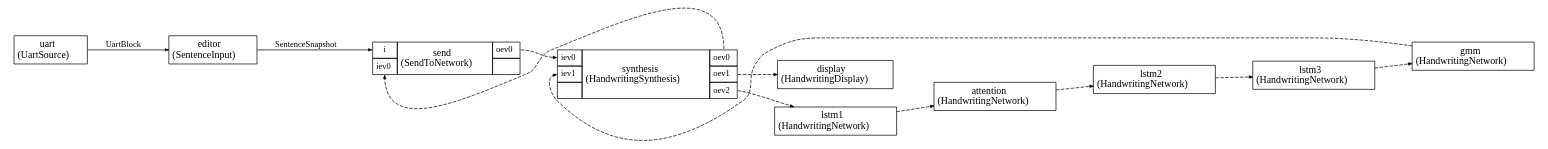
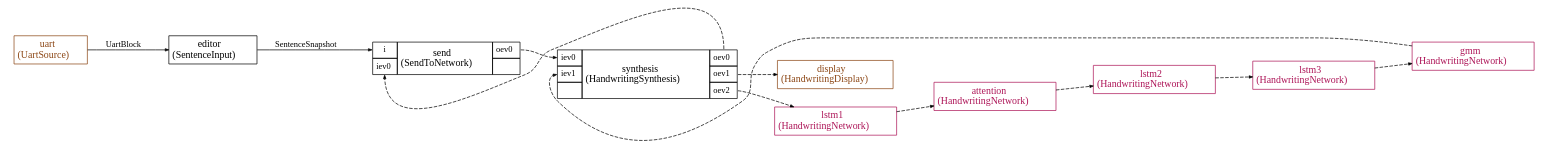
The diagram in projects/handwriting_synthesis/generated/app.dot (christophe0606/EthosCatalog), drawn with Graphviz before and after one commit. The commit also changed 34 other files, not shown here.

Commit message:
Updated graph styling to distinguish different pte files

```diff
--- a/projects/handwriting_synthesis/generated/app.dot
+++ b/projects/handwriting_synthesis/generated/app.dot
@@ -1,146 +1,146 @@
 
 
 
 
 
 
 digraph structs {
     bgcolor = "white"
     node [shape=plaintext,color="black",fontcolor="black",fontname="Times-Roman"]
     rankdir=LR
     edge [arrowsize="0.5",color="black",fontcolor="black",fontname="Times-Roman"]
 
 
 editor [label=<
-<TABLE color="black" bgcolor="none" BORDER="0" CELLBORDER="1" CELLSPACING="0" CELLPADDING="4">
+<TABLE color="black" bgcolor="white" BORDER="0" CELLBORDER="1" CELLSPACING="0" CELLPADDING="4">
   <TR>
     <TD ALIGN="CENTER" PORT="i"><FONT COLOR="black" POINT-SIZE="14.0">editor<BR/>(SentenceInput)</FONT></TD>
   </TR>
 </TABLE>>];
 
 
 send [label=<
-<TABLE color="black" bgcolor="none" BORDER="0" CELLBORDER="1" CELLSPACING="0" CELLPADDING="4">
+<TABLE color="black" bgcolor="white" BORDER="0" CELLBORDER="1" CELLSPACING="0" CELLPADDING="4">
   <TR>
     <TD PORT="i"><FONT POINT-SIZE="12.0" COLOR="black">i</FONT></TD>
     <TD ALIGN="CENTER" ROWSPAN="2"><FONT COLOR="black" POINT-SIZE="14.0">send<BR/>(SendToNetwork)</FONT></TD>
     <TD PORT="oev0"><FONT POINT-SIZE="12.0" COLOR="black">oev0</FONT></TD>
   </TR>
 <TR>
 <TD PORT="iev0"><FONT POINT-SIZE="12.0" COLOR="black">iev0</FONT></TD>
 
 
 <TD></TD></TR>
 
 </TABLE>>];
 
 uart [label=<
-<TABLE color="black" bgcolor="none" BORDER="0" CELLBORDER="1" CELLSPACING="0" CELLPADDING="4">
+<TABLE color="#8B4513" bgcolor="white" BORDER="0" CELLBORDER="1" CELLSPACING="0" CELLPADDING="4">
   <TR>
-    <TD ALIGN="CENTER" PORT="i"><FONT COLOR="black" POINT-SIZE="14.0">uart<BR/>(UartSource)</FONT></TD>
+    <TD ALIGN="CENTER" PORT="i"><FONT COLOR="#8B4513" POINT-SIZE="14.0">uart<BR/>(UartSource)</FONT></TD>
   </TR>
 </TABLE>>];
 
 attention [label=<
-<TABLE color="black" bgcolor="none" BORDER="0" CELLBORDER="1" CELLSPACING="0" CELLPADDING="4">
+<TABLE color="#AD1457" bgcolor="white" BORDER="0" CELLBORDER="1" CELLSPACING="0" CELLPADDING="4">
   <TR>
-    <TD ALIGN="CENTER" PORT="i"><FONT COLOR="black" POINT-SIZE="14.0">attention<BR/>(HandwritingNetwork)</FONT></TD>
+    <TD ALIGN="CENTER" PORT="i"><FONT COLOR="#AD1457" POINT-SIZE="14.0">attention<BR/>(HandwritingNetwork)</FONT></TD>
   </TR>
 </TABLE>>];
 
 display [label=<
-<TABLE color="black" bgcolor="none" BORDER="0" CELLBORDER="1" CELLSPACING="0" CELLPADDING="4">
+<TABLE color="#8B4513" bgcolor="white" BORDER="0" CELLBORDER="1" CELLSPACING="0" CELLPADDING="4">
   <TR>
-    <TD ALIGN="CENTER" PORT="i"><FONT COLOR="black" POINT-SIZE="14.0">display<BR/>(HandwritingDisplay)</FONT></TD>
+    <TD ALIGN="CENTER" PORT="i"><FONT COLOR="#8B4513" POINT-SIZE="14.0">display<BR/>(HandwritingDisplay)</FONT></TD>
   </TR>
 </TABLE>>];
 
 gmm [label=<
-<TABLE color="black" bgcolor="none" BORDER="0" CELLBORDER="1" CELLSPACING="0" CELLPADDING="4">
+<TABLE color="#AD1457" bgcolor="white" BORDER="0" CELLBORDER="1" CELLSPACING="0" CELLPADDING="4">
   <TR>
-    <TD ALIGN="CENTER" PORT="i"><FONT COLOR="black" POINT-SIZE="14.0">gmm<BR/>(HandwritingNetwork)</FONT></TD>
+    <TD ALIGN="CENTER" PORT="i"><FONT COLOR="#AD1457" POINT-SIZE="14.0">gmm<BR/>(HandwritingNetwork)</FONT></TD>
   </TR>
 </TABLE>>];
 
 lstm1 [label=<
-<TABLE color="black" bgcolor="none" BORDER="0" CELLBORDER="1" CELLSPACING="0" CELLPADDING="4">
+<TABLE color="#AD1457" bgcolor="white" BORDER="0" CELLBORDER="1" CELLSPACING="0" CELLPADDING="4">
   <TR>
-    <TD ALIGN="CENTER" PORT="i"><FONT COLOR="black" POINT-SIZE="14.0">lstm1<BR/>(HandwritingNetwork)</FONT></TD>
+    <TD ALIGN="CENTER" PORT="i"><FONT COLOR="#AD1457" POINT-SIZE="14.0">lstm1<BR/>(HandwritingNetwork)</FONT></TD>
   </TR>
 </TABLE>>];
 
 lstm2 [label=<
-<TABLE color="black" bgcolor="none" BORDER="0" CELLBORDER="1" CELLSPACING="0" CELLPADDING="4">
+<TABLE color="#AD1457" bgcolor="white" BORDER="0" CELLBORDER="1" CELLSPACING="0" CELLPADDING="4">
   <TR>
-    <TD ALIGN="CENTER" PORT="i"><FONT COLOR="black" POINT-SIZE="14.0">lstm2<BR/>(HandwritingNetwork)</FONT></TD>
+    <TD ALIGN="CENTER" PORT="i"><FONT COLOR="#AD1457" POINT-SIZE="14.0">lstm2<BR/>(HandwritingNetwork)</FONT></TD>
   </TR>
 </TABLE>>];
 
 lstm3 [label=<
-<TABLE color="black" bgcolor="none" BORDER="0" CELLBORDER="1" CELLSPACING="0" CELLPADDING="4">
+<TABLE color="#AD1457" bgcolor="white" BORDER="0" CELLBORDER="1" CELLSPACING="0" CELLPADDING="4">
   <TR>
-    <TD ALIGN="CENTER" PORT="i"><FONT COLOR="black" POINT-SIZE="14.0">lstm3<BR/>(HandwritingNetwork)</FONT></TD>
+    <TD ALIGN="CENTER" PORT="i"><FONT COLOR="#AD1457" POINT-SIZE="14.0">lstm3<BR/>(HandwritingNetwork)</FONT></TD>
   </TR>
 </TABLE>>];
 
 
 synthesis [label=<
-<TABLE color="black" bgcolor="none" BORDER="0" CELLBORDER="1" CELLSPACING="0" CELLPADDING="4">
+<TABLE color="black" bgcolor="white" BORDER="0" CELLBORDER="1" CELLSPACING="0" CELLPADDING="4">
   <TR>
     <TD PORT="iev0"><FONT POINT-SIZE="12.0" COLOR="black">iev0</FONT></TD>
     <TD ALIGN="CENTER" ROWSPAN="3"><FONT COLOR="black" POINT-SIZE="14.0">synthesis<BR/>(HandwritingSynthesis)</FONT></TD>
     <TD PORT="oev0"><FONT POINT-SIZE="12.0" COLOR="black">oev0</FONT></TD>
   </TR>
 <TR>
 <TD PORT="iev1"><FONT POINT-SIZE="12.0" COLOR="black">iev1</FONT></TD>
 
 <TD PORT="oev1"><FONT POINT-SIZE="12.0" COLOR="black">oev1</FONT></TD>
 </TR><TR>
 
 <TD></TD>
 <TD PORT="oev2"><FONT POINT-SIZE="12.0" COLOR="black">oev2</FONT></TD>
 </TR>
 
 </TABLE>>];
 
 
 
 uart:i -> editor:i [style="solid",color="black",fontsize="12.0",fontcolor="black",label=<UartBlock>
 
 ]
 
 editor:i -> send:i [style="solid",color="black",fontsize="12.0",fontcolor="black",label=<SentenceSnapshot>
 
 ]
 
 
 
 send:oev0 -> synthesis:iev0 [style="dashed",color="black",fontsize="12.0",fontcolor="black",label=<>
 
 ]
 synthesis:oev0 -> send:iev0 [style="dashed",color="black",fontsize="12.0",fontcolor="black",label=<>
 
 ]
 synthesis:oev1 -> display:i [style="dashed",color="black",fontsize="12.0",fontcolor="black",label=<>
 
 ]
 synthesis:oev2 -> lstm1:i [style="dashed",color="black",fontsize="12.0",fontcolor="black",label=<>
 
 ]
 lstm1:i -> attention:i [style="dashed",color="black",fontsize="12.0",fontcolor="black",label=<>
 
 ]
 attention:i -> lstm2:i [style="dashed",color="black",fontsize="12.0",fontcolor="black",label=<>
 
 ]
 lstm2:i -> lstm3:i [style="dashed",color="black",fontsize="12.0",fontcolor="black",label=<>
 
 ]
 lstm3:i -> gmm:i [style="dashed",color="black",fontsize="12.0",fontcolor="black",label=<>
 
 ]
 gmm:i -> synthesis:iev1 [style="dashed",color="black",fontsize="12.0",fontcolor="black",label=<>
 
 ]
 
 }
```
